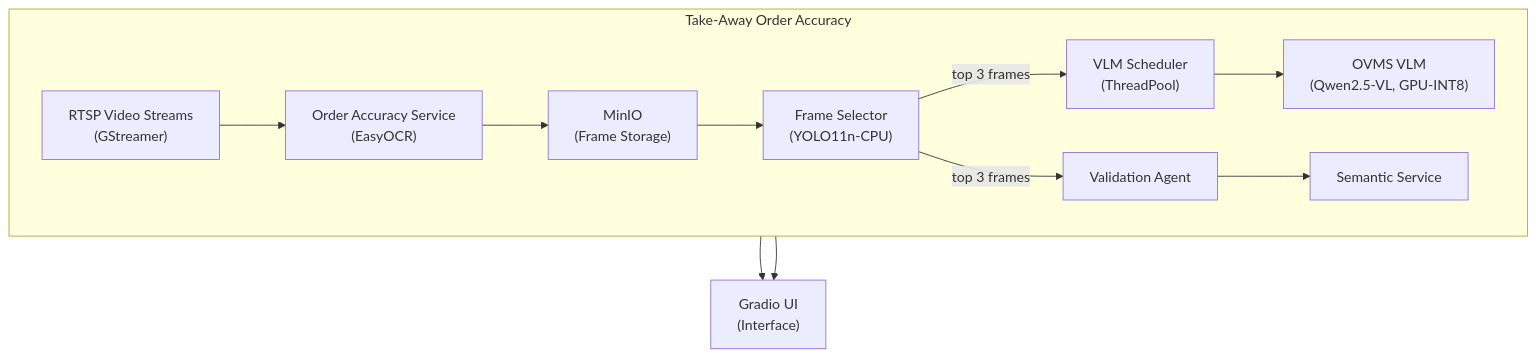
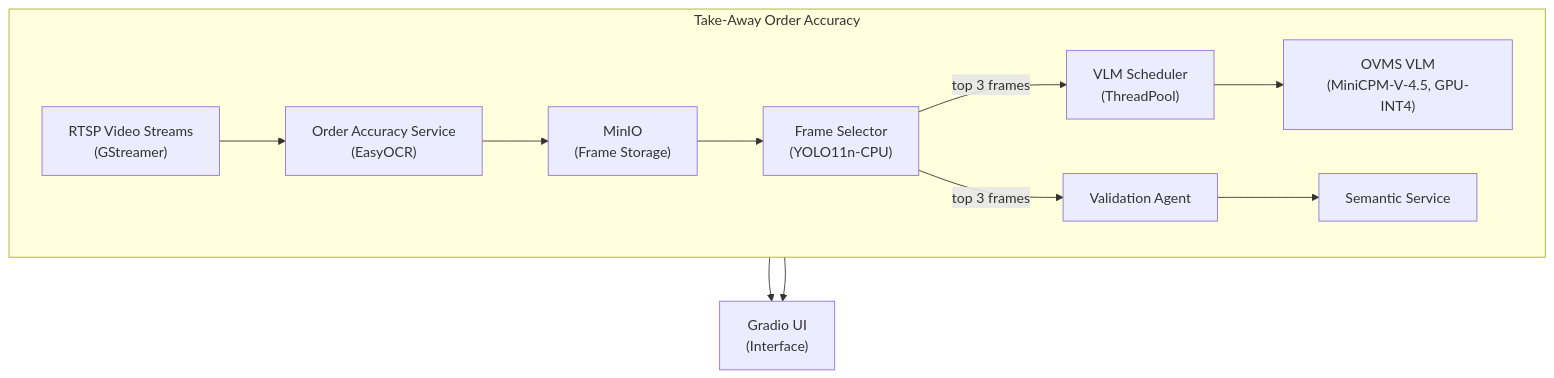
The third of 4 diagrams in docs/user-guide/oa-how-it-works.md (intel-retail/order-accuracy), drawn with Mermaid before and after one commit. The commit also changed other lines of this file and 28 other files, not shown here.

First line of the commit message:
feat(take-away): switch VLM to MiniCPM-V-4.5 INT4

````diff
--- a/docs/user-guide/oa-how-it-works.md
+++ b/docs/user-guide/oa-how-it-works.md
@@ -85,16 +85,16 @@
 ```mermaid
 flowchart TB
   subgraph SYS["Take-Away Order Accuracy"]
     direction LR
     rtsp["RTSP Video Streams<br/>(GStreamer)"] --> oas["Order Accuracy Service<br/>(EasyOCR)"]
     oas --> minio["MinIO<br/>(Frame Storage)"]
     minio --> selector["Frame Selector<br/>(YOLO11n-CPU)"]
     selector -->|top 3 frames| scheduler["VLM Scheduler<br/>(ThreadPool)"]
     selector -->|top 3 frames| validation["Validation Agent"]
-    scheduler --> ovms["OVMS VLM<br/>(Qwen2.5-VL, GPU-INT8)"]
+    scheduler --> ovms["OVMS VLM<br/>(MiniCPM-V-4.5, GPU-INT4)"]
     validation --> semantic["Semantic Service"]
   end
 
   ovms --> ui["Gradio UI<br/>(Interface)"]
   semantic --> ui
 ```
````
